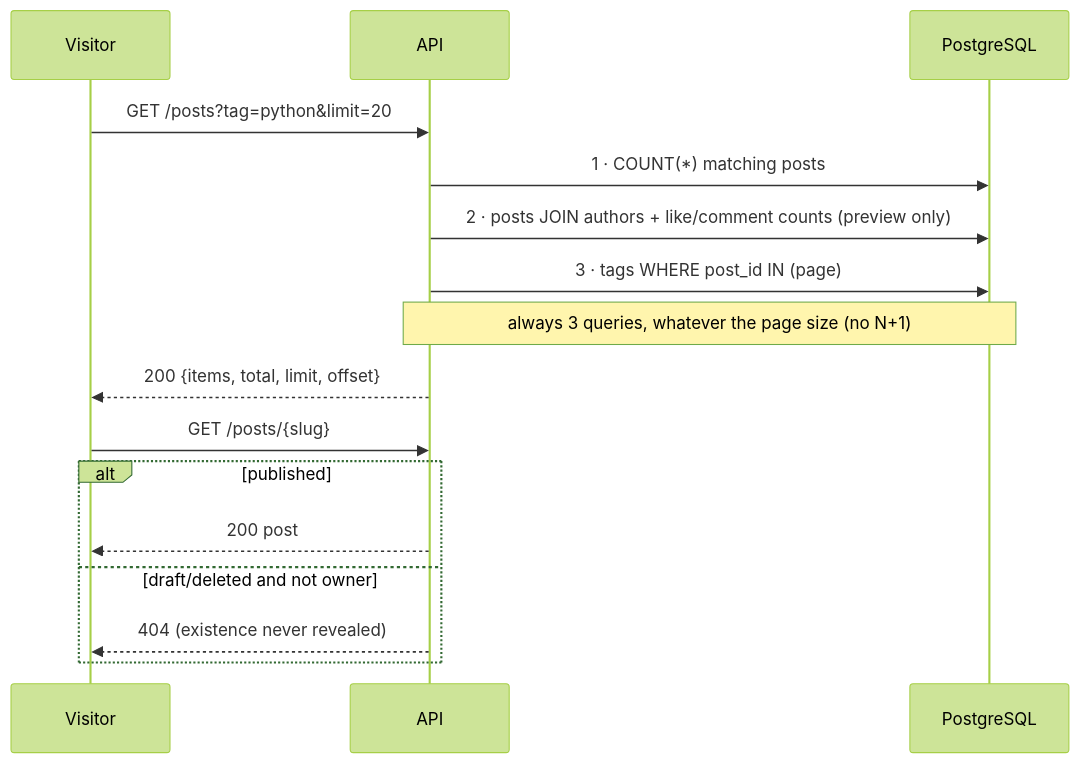
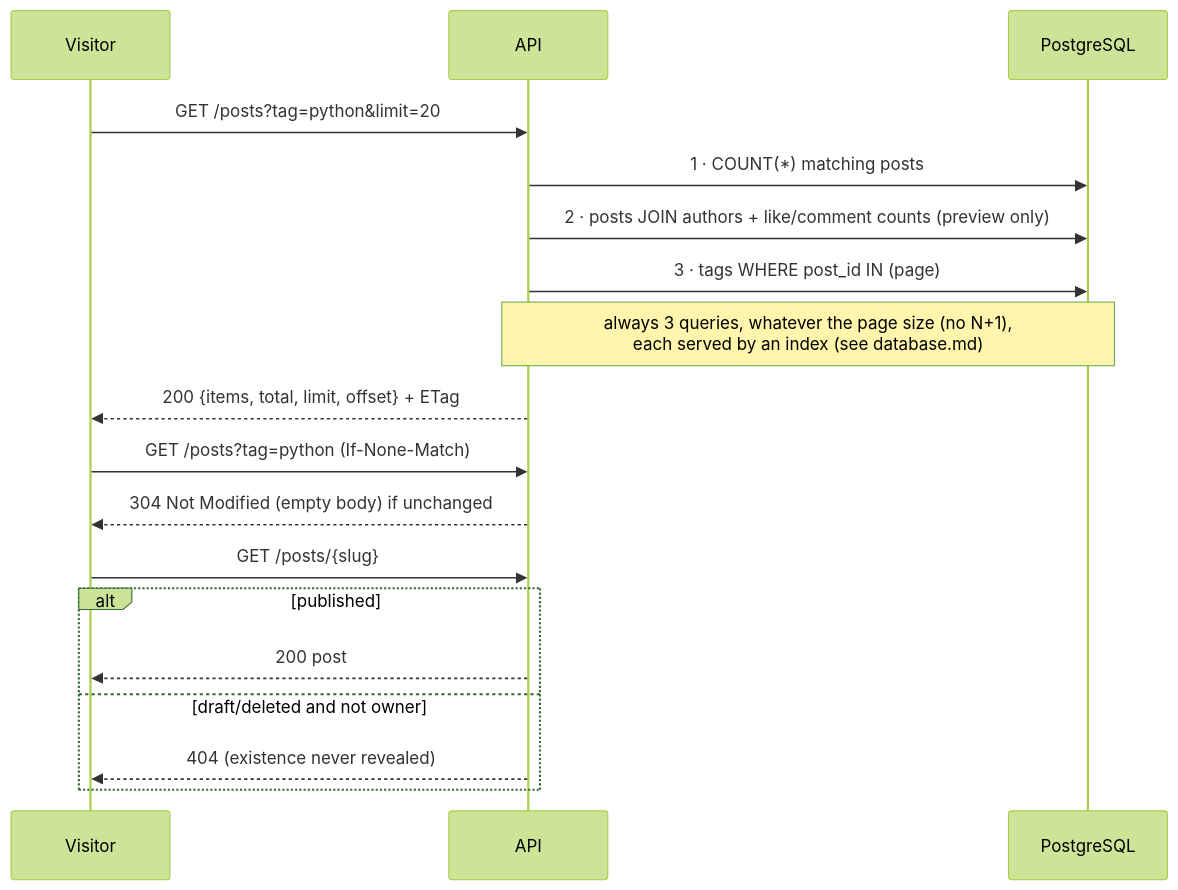
The fourth of 16 diagrams in docs/architecture.md (mr-laboratory/nebula), drawn with Mermaid (forest theme) before and after one commit. The commit also changed other lines of this file and 4 other files, not shown here.

````diff
--- a/docs/architecture.md
+++ b/docs/architecture.md
@@ -58,18 +58,20 @@
 ```mermaid
 sequenceDiagram
     participant V as Visitor
     participant API
     participant DB as PostgreSQL
     V->>API: GET /posts?tag=python&limit=20
     API->>DB: 1 · COUNT(*) matching posts
     API->>DB: 2 · posts JOIN authors + like/comment counts (preview only)
     API->>DB: 3 · tags WHERE post_id IN (page)
-    Note over API,DB: always 3 queries, whatever the page size (no N+1)
-    API-->>V: 200 {items, total, limit, offset}
+    Note over API,DB: always 3 queries, whatever the page size (no N+1),<br/>each served by an index (see database.md)
+    API-->>V: 200 {items, total, limit, offset} + ETag
+    V->>API: GET /posts?tag=python (If-None-Match)
+    API-->>V: 304 Not Modified (empty body) if unchanged
     V->>API: GET /posts/{slug}
     alt published
         API-->>V: 200 post
     else draft/deleted and not owner
         API-->>V: 404 (existence never revealed)
     end
 ```
````
